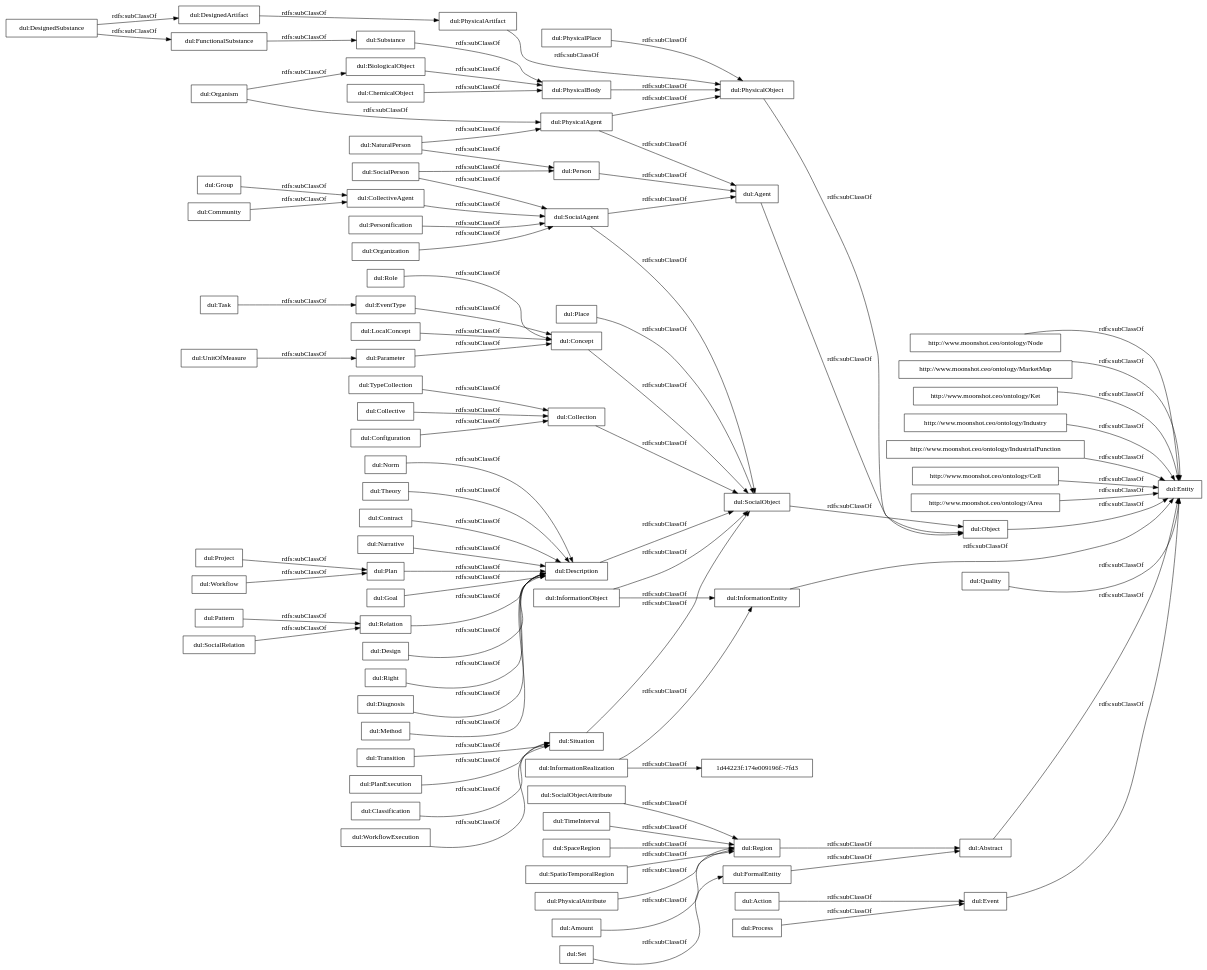
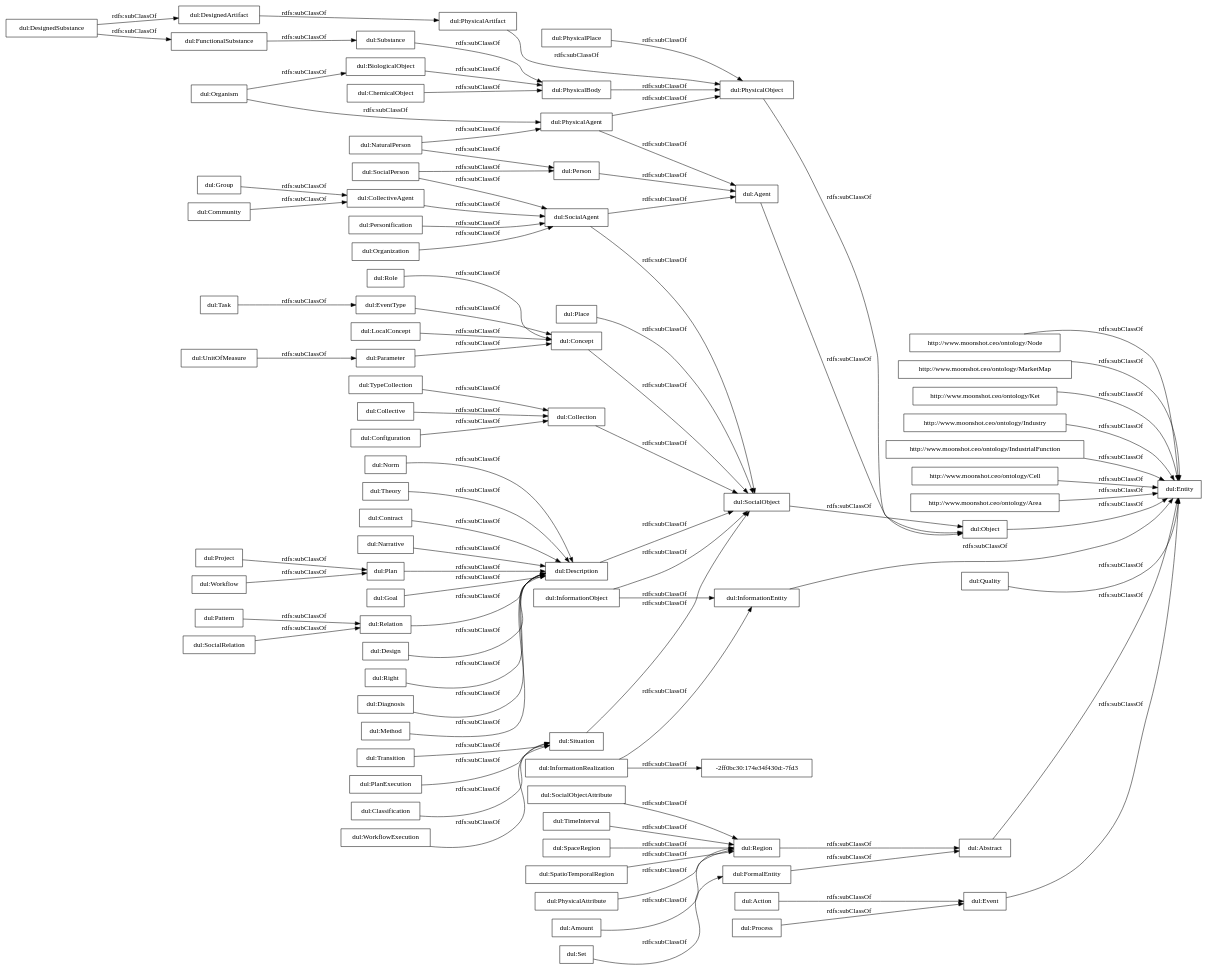
One commit to oeg-upm/IEBrain changed the diagram in OnToology/iebrain.ttl/diagrams/ar2dtool-taxonomy/iebrain.ttl.png.dot. Above: the diagram before and after it, drawn with Graphviz. The commit also changed 12 other files, not shown here.

```diff
--- a/OnToology/iebrain.ttl/diagrams/ar2dtool-taxonomy/iebrain.ttl.png.dot
+++ b/OnToology/iebrain.ttl/diagrams/ar2dtool-taxonomy/iebrain.ttl.png.dot
@@ -1,95 +1,95 @@
 digraph ar2dtool_diagram { 
 rankdir=LR;
 size="1000"
-node [shape = rectangle, color="black"]; "http://www.moonshot.ceo/ontology/Node" "http://www.moonshot.ceo/ontology/MarketMap" "http://www.moonshot.ceo/ontology/Ket" "http://www.moonshot.ceo/ontology/Industry" "http://www.moonshot.ceo/ontology/IndustrialFunction" "http://www.moonshot.ceo/ontology/Cell" "http://www.moonshot.ceo/ontology/Area" "dul:Goal" "dul:FormalEntity" "dul:EventType" "dul:PhysicalBody" "dul:Object" "dul:Description" "dul:PhysicalAgent" "dul:Relation" "dul:Role" "dul:Entity" "dul:Organism" "dul:Personification" "dul:Situation" "dul:UnitOfMeasure" "dul:Abstract" "dul:SocialPerson" "dul:Transition" "dul:Collective" "dul:CollectiveAgent" "dul:Amount" "dul:Plan" "dul:Design" "dul:Process" "dul:SocialObjectAttribute" "dul:Right" "dul:Task" "dul:DesignedSubstance" "dul:BiologicalObject" "dul:Place" "dul:Quality" "dul:Action" "dul:SocialAgent" "dul:Configuration" "dul:Project" "dul:PlanExecution" "dul:Pattern" "dul:Agent" "dul:Classification" "dul:Diagnosis" "dul:Parameter" "dul:WorkflowExecution" "dul:SocialObject" "dul:Group" "dul:Community" "dul:FunctionalSubstance" "dul:PhysicalPlace" "dul:Method" "dul:Concept" "dul:SocialRelation" "dul:Event" "dul:DesignedArtifact" "dul:TimeInterval" "dul:Person" "dul:TypeCollection" "dul:SpaceRegion" "dul:PhysicalObject" "dul:SpatioTemporalRegion" "dul:Norm" "1d44223f:174e009196f:-7fd3" "dul:InformationRealization" "dul:Theory" "dul:PhysicalAttribute" "dul:NaturalPerson" "dul:Workflow" "dul:InformationObject" "dul:ChemicalObject" "dul:Contract" "dul:Narrative" "dul:Collection" "dul:Substance" "dul:Region" "dul:InformationEntity" "dul:PhysicalArtifact" "dul:Organization" "dul:Set" "dul:LocalConcept" ; /*classes style*/
+node [shape = rectangle, color="black"]; "http://www.moonshot.ceo/ontology/Node" "http://www.moonshot.ceo/ontology/MarketMap" "http://www.moonshot.ceo/ontology/Ket" "http://www.moonshot.ceo/ontology/Industry" "http://www.moonshot.ceo/ontology/IndustrialFunction" "http://www.moonshot.ceo/ontology/Cell" "http://www.moonshot.ceo/ontology/Area" "dul:Goal" "dul:FormalEntity" "dul:EventType" "dul:PhysicalBody" "dul:Object" "dul:Description" "dul:PhysicalAgent" "dul:Relation" "dul:Role" "dul:Entity" "dul:Organism" "dul:Personification" "dul:Situation" "dul:UnitOfMeasure" "dul:Abstract" "dul:SocialPerson" "dul:Transition" "dul:Collective" "dul:CollectiveAgent" "dul:Amount" "dul:Plan" "dul:Design" "dul:Process" "dul:SocialObjectAttribute" "dul:Right" "dul:Task" "dul:DesignedSubstance" "dul:BiologicalObject" "dul:Place" "dul:Quality" "dul:Action" "dul:SocialAgent" "dul:Project" "dul:PlanExecution" "dul:Configuration" "dul:Pattern" "dul:Diagnosis" "dul:Agent" "-2ff0bc30:174e34f430d:-7fd3" "dul:Classification" "dul:Parameter" "dul:WorkflowExecution" "dul:SocialObject" "dul:Group" "dul:Community" "dul:FunctionalSubstance" "dul:PhysicalPlace" "dul:Method" "dul:Concept" "dul:SocialRelation" "dul:Event" "dul:DesignedArtifact" "dul:TimeInterval" "dul:Person" "dul:TypeCollection" "dul:SpaceRegion" "dul:PhysicalObject" "dul:SpatioTemporalRegion" "dul:Norm" "dul:InformationRealization" "dul:Theory" "dul:PhysicalAttribute" "dul:NaturalPerson" "dul:Workflow" "dul:InformationObject" "dul:ChemicalObject" "dul:Contract" "dul:Narrative" "dul:Collection" "dul:Substance" "dul:Region" "dul:InformationEntity" "dul:PhysicalArtifact" "dul:Organization" "dul:Set" "dul:LocalConcept" ; /*classes style*/
 	"dul:CollectiveAgent" -> "dul:SocialAgent" [ label = "rdfs:subClassOf" ];
 	"dul:Region" -> "dul:Abstract" [ label = "rdfs:subClassOf" ];
 	"dul:TypeCollection" -> "dul:Collection" [ label = "rdfs:subClassOf" ];
 	"dul:PhysicalAttribute" -> "dul:Region" [ label = "rdfs:subClassOf" ];
 	"dul:Organization" -> "dul:SocialAgent" [ label = "rdfs:subClassOf" ];
 	"http://www.moonshot.ceo/ontology/Node" -> "dul:Entity" [ label = "rdfs:subClassOf" ];
 	"dul:Configuration" -> "dul:Collection" [ label = "rdfs:subClassOf" ];
 	"dul:Quality" -> "dul:Entity" [ label = "rdfs:subClassOf" ];
 	"dul:Description" -> "dul:SocialObject" [ label = "rdfs:subClassOf" ];
 	"dul:Community" -> "dul:CollectiveAgent" [ label = "rdfs:subClassOf" ];
 	"dul:Method" -> "dul:Description" [ label = "rdfs:subClassOf" ];
 	"dul:Concept" -> "dul:SocialObject" [ label = "rdfs:subClassOf" ];
 	"dul:Object" -> "dul:Entity" [ label = "rdfs:subClassOf" ];
 	"dul:Place" -> "dul:SocialObject" [ label = "rdfs:subClassOf" ];
 	"dul:PhysicalArtifact" -> "dul:PhysicalObject" [ label = "rdfs:subClassOf" ];
 	"dul:Organism" -> "dul:PhysicalAgent" [ label = "rdfs:subClassOf" ];
 	"dul:Organism" -> "dul:BiologicalObject" [ label = "rdfs:subClassOf" ];
 	"dul:Goal" -> "dul:Description" [ label = "rdfs:subClassOf" ];
 	"dul:FunctionalSubstance" -> "dul:Substance" [ label = "rdfs:subClassOf" ];
 	"dul:Role" -> "dul:Concept" [ label = "rdfs:subClassOf" ];
 	"dul:Collective" -> "dul:Collection" [ label = "rdfs:subClassOf" ];
 	"dul:InformationObject" -> "dul:SocialObject" [ label = "rdfs:subClassOf" ];
 	"dul:InformationObject" -> "dul:InformationEntity" [ label = "rdfs:subClassOf" ];
 	"dul:UnitOfMeasure" -> "dul:Parameter" [ label = "rdfs:subClassOf" ];
 	"dul:SocialObjectAttribute" -> "dul:Region" [ label = "rdfs:subClassOf" ];
 	"dul:WorkflowExecution" -> "dul:Situation" [ label = "rdfs:subClassOf" ];
 	"dul:Right" -> "dul:Description" [ label = "rdfs:subClassOf" ];
 	"dul:Task" -> "dul:EventType" [ label = "rdfs:subClassOf" ];
 	"dul:Set" -> "dul:FormalEntity" [ label = "rdfs:subClassOf" ];
 	"dul:DesignedSubstance" -> "dul:FunctionalSubstance" [ label = "rdfs:subClassOf" ];
 	"dul:DesignedSubstance" -> "dul:DesignedArtifact" [ label = "rdfs:subClassOf" ];
 	"dul:SocialObject" -> "dul:Object" [ label = "rdfs:subClassOf" ];
 	"dul:Parameter" -> "dul:Concept" [ label = "rdfs:subClassOf" ];
-	"dul:InformationRealization" -> "1d44223f:174e009196f:-7fd3" [ label = "rdfs:subClassOf" ];
+	"dul:InformationRealization" -> "-2ff0bc30:174e34f430d:-7fd3" [ label = "rdfs:subClassOf" ];
 	"dul:InformationRealization" -> "dul:InformationEntity" [ label = "rdfs:subClassOf" ];
 	"dul:Substance" -> "dul:PhysicalBody" [ label = "rdfs:subClassOf" ];
 	"dul:Event" -> "dul:Entity" [ label = "rdfs:subClassOf" ];
 	"dul:PhysicalAgent" -> "dul:PhysicalObject" [ label = "rdfs:subClassOf" ];
 	"dul:PhysicalAgent" -> "dul:Agent" [ label = "rdfs:subClassOf" ];
 	"http://www.moonshot.ceo/ontology/Area" -> "dul:Entity" [ label = "rdfs:subClassOf" ];
 	"dul:Project" -> "dul:Plan" [ label = "rdfs:subClassOf" ];
 	"dul:PhysicalObject" -> "dul:Object" [ label = "rdfs:subClassOf" ];
 	"dul:Action" -> "dul:Event" [ label = "rdfs:subClassOf" ];
 	"dul:Situation" -> "dul:SocialObject" [ label = "rdfs:subClassOf" ];
 	"dul:Design" -> "dul:Description" [ label = "rdfs:subClassOf" ];
 	"dul:EventType" -> "dul:Concept" [ label = "rdfs:subClassOf" ];
 	"dul:Classification" -> "dul:Situation" [ label = "rdfs:subClassOf" ];
 	"http://www.moonshot.ceo/ontology/IndustrialFunction" -> "dul:Entity" [ label = "rdfs:subClassOf" ];
 	"dul:Workflow" -> "dul:Plan" [ label = "rdfs:subClassOf" ];
 	"dul:Pattern" -> "dul:Relation" [ label = "rdfs:subClassOf" ];
 	"dul:Transition" -> "dul:Situation" [ label = "rdfs:subClassOf" ];
 	"dul:Norm" -> "dul:Description" [ label = "rdfs:subClassOf" ];
 	"dul:Person" -> "dul:Agent" [ label = "rdfs:subClassOf" ];
 	"http://www.moonshot.ceo/ontology/Ket" -> "dul:Entity" [ label = "rdfs:subClassOf" ];
 	"http://www.moonshot.ceo/ontology/Cell" -> "dul:Entity" [ label = "rdfs:subClassOf" ];
 	"dul:Contract" -> "dul:Description" [ label = "rdfs:subClassOf" ];
 	"dul:PhysicalPlace" -> "dul:PhysicalObject" [ label = "rdfs:subClassOf" ];
 	"dul:Relation" -> "dul:Description" [ label = "rdfs:subClassOf" ];
 	"dul:SocialRelation" -> "dul:Relation" [ label = "rdfs:subClassOf" ];
 	"dul:PlanExecution" -> "dul:Situation" [ label = "rdfs:subClassOf" ];
 	"http://www.moonshot.ceo/ontology/MarketMap" -> "dul:Entity" [ label = "rdfs:subClassOf" ];
 	"dul:LocalConcept" -> "dul:Concept" [ label = "rdfs:subClassOf" ];
 	"dul:FormalEntity" -> "dul:Abstract" [ label = "rdfs:subClassOf" ];
 	"dul:PhysicalBody" -> "dul:PhysicalObject" [ label = "rdfs:subClassOf" ];
 	"http://www.moonshot.ceo/ontology/Industry" -> "dul:Entity" [ label = "rdfs:subClassOf" ];
 	"dul:BiologicalObject" -> "dul:PhysicalBody" [ label = "rdfs:subClassOf" ];
 	"dul:SocialPerson" -> "dul:SocialAgent" [ label = "rdfs:subClassOf" ];
 	"dul:SocialPerson" -> "dul:Person" [ label = "rdfs:subClassOf" ];
 	"dul:NaturalPerson" -> "dul:PhysicalAgent" [ label = "rdfs:subClassOf" ];
 	"dul:NaturalPerson" -> "dul:Person" [ label = "rdfs:subClassOf" ];
 	"dul:TimeInterval" -> "dul:Region" [ label = "rdfs:subClassOf" ];
 	"dul:Collection" -> "dul:SocialObject" [ label = "rdfs:subClassOf" ];
 	"dul:InformationEntity" -> "dul:Entity" [ label = "rdfs:subClassOf" ];
 	"dul:SpatioTemporalRegion" -> "dul:Region" [ label = "rdfs:subClassOf" ];
 	"dul:Personification" -> "dul:SocialAgent" [ label = "rdfs:subClassOf" ];
 	"dul:DesignedArtifact" -> "dul:PhysicalArtifact" [ label = "rdfs:subClassOf" ];
 	"dul:ChemicalObject" -> "dul:PhysicalBody" [ label = "rdfs:subClassOf" ];
 	"dul:Narrative" -> "dul:Description" [ label = "rdfs:subClassOf" ];
 	"dul:Process" -> "dul:Event" [ label = "rdfs:subClassOf" ];
 	"dul:Theory" -> "dul:Description" [ label = "rdfs:subClassOf" ];
 	"dul:Abstract" -> "dul:Entity" [ label = "rdfs:subClassOf" ];
 	"dul:SpaceRegion" -> "dul:Region" [ label = "rdfs:subClassOf" ];
 	"dul:Plan" -> "dul:Description" [ label = "rdfs:subClassOf" ];
 	"dul:Group" -> "dul:CollectiveAgent" [ label = "rdfs:subClassOf" ];
 	"dul:SocialAgent" -> "dul:SocialObject" [ label = "rdfs:subClassOf" ];
 	"dul:SocialAgent" -> "dul:Agent" [ label = "rdfs:subClassOf" ];
 	"dul:Diagnosis" -> "dul:Description" [ label = "rdfs:subClassOf" ];
 	"dul:Agent" -> "dul:Object" [ label = "rdfs:subClassOf" ];
 	"dul:Amount" -> "dul:Region" [ label = "rdfs:subClassOf" ];
 
 }
```
